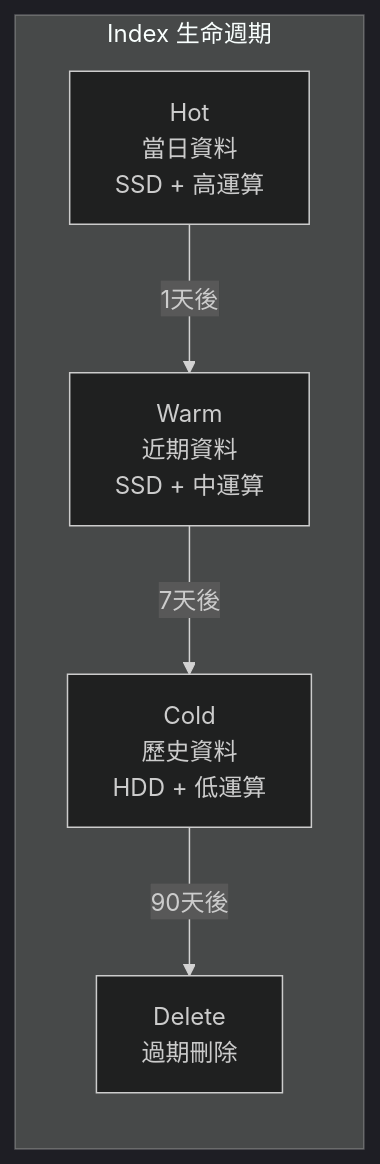
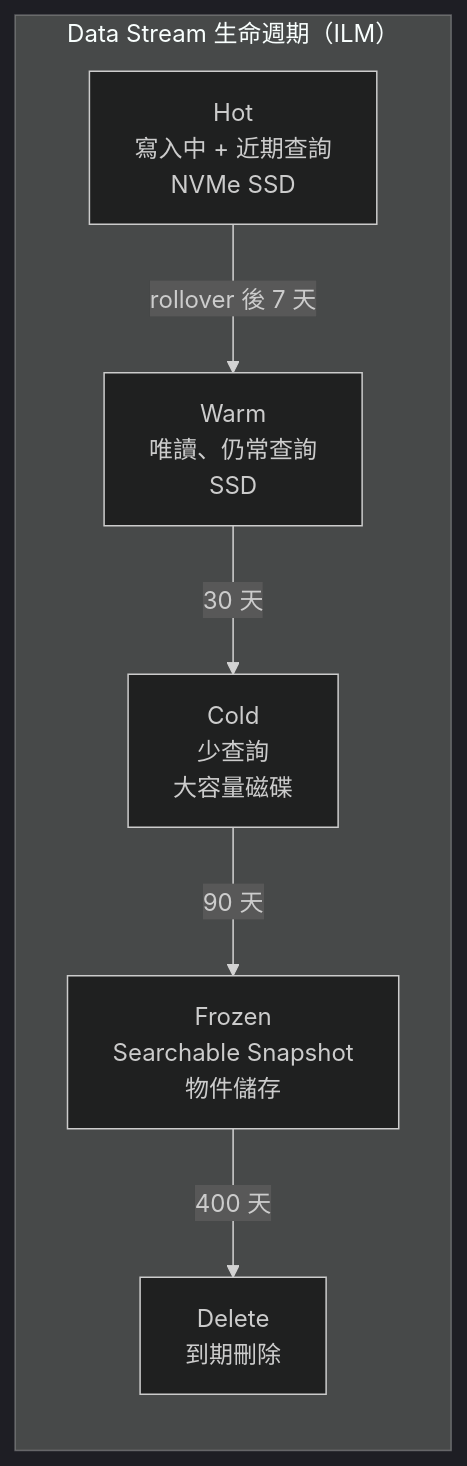
Before and after one commit to chihhung/Blog: diagram 11 of 19 in content/posts/教學/工具/Logs Visualization教學手冊.md, drawn with Mermaid (dark theme). The commit also changed other lines of this file and 8 other files, not shown here.

````diff
--- a/content/posts/教學/工具/Logs Visualization教學手冊.md
+++ b/content/posts/教學/工具/Logs Visualization教學手冊.md
@@ -992,13 +1551,15 @@
 ```mermaid
 graph LR
-    subgraph "Index 生命週期"
-        H[Hot<br/>當日資料<br/>SSD + 高運算]
-        W[Warm<br/>近期資料<br/>SSD + 中運算]
-        C[Cold<br/>歷史資料<br/>HDD + 低運算]
-        D[Delete<br/>過期刪除]
+    subgraph "Data Stream 生命週期（ILM）"
+        H[Hot<br/>寫入中 + 近期查詢<br/>NVMe SSD]
+        W[Warm<br/>唯讀、仍常查詢<br/>SSD]
+        C[Cold<br/>少查詢<br/>大容量磁碟]
+        F[Frozen<br/>Searchable Snapshot<br/>物件儲存]
+        D[Delete<br/>到期刪除]
     end
-    
-    H -->|1天後| W
-    W -->|7天後| C
-    C -->|90天後| D
+
+    H -->|"rollover 後 7 天"| W
+    W -->|"30 天"| C
+    C -->|"90 天"| F
+    F -->|"400 天"| D
 ```
````
